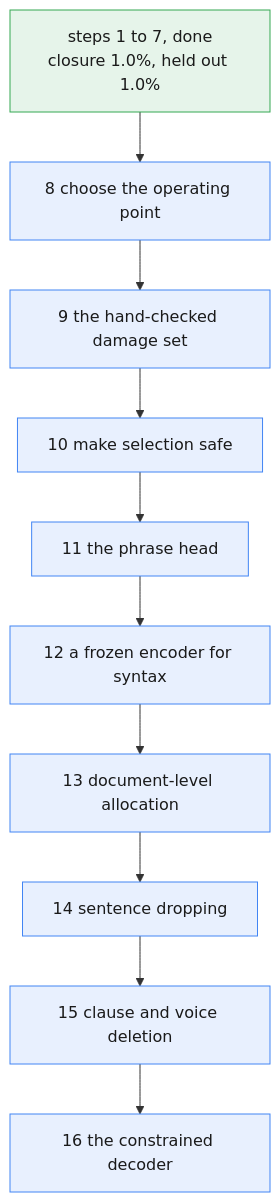
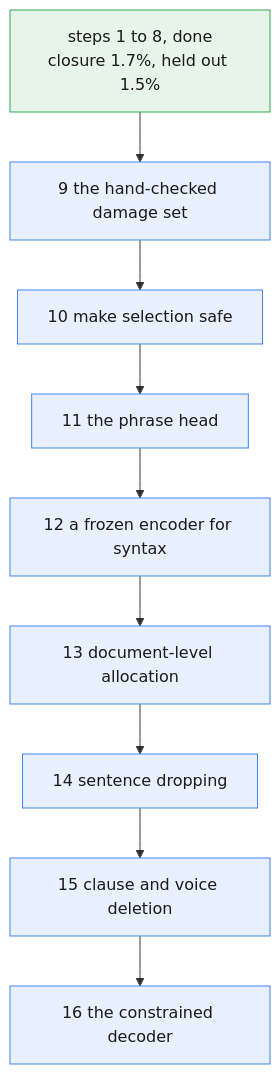
The diagram in workers/kopi-linter/docs/plan.md (mashud37/kopi-workers), drawn with Mermaid before and after one commit. The commit also changed other lines of this file and 7 other files, not shown here.

Commit message:
Re p8 band operating point

````diff
--- a/workers/kopi-linter/docs/plan.md
+++ b/workers/kopi-linter/docs/plan.md
@@ -102,16 +104,15 @@
 ```mermaid
 flowchart TD
-    D["steps 1 to 7, done<br/>closure 1.0%, held out 1.0%"] --> S8["8 choose the operating point"]
-    S8 --> S9["9 the hand-checked damage set"]
+    D["steps 1 to 8, done<br/>closure 1.7%, held out 1.5%"] --> S9["9 the hand-checked damage set"]
     S9 --> S10["10 make selection safe"]
     S10 --> S11["11 the phrase head"]
     S11 --> S12["12 a frozen encoder for syntax"]
     S12 --> S13["13 document-level allocation"]
     S13 --> S14["14 sentence dropping"]
     S14 --> S15["15 clause and voice deletion"]
     S15 --> S16["16 the constrained decoder"]
     classDef done fill:#e6f4ea,stroke:#34a853,color:#1a1a1a;
     classDef open fill:#e8f0fe,stroke:#4285f4,color:#1a1a1a;
     class D done;
-    class S8,S9,S10,S11,S12,S13,S14,S15,S16 open;
+    class S9,S10,S11,S12,S13,S14,S15,S16 open;
 ```
````
